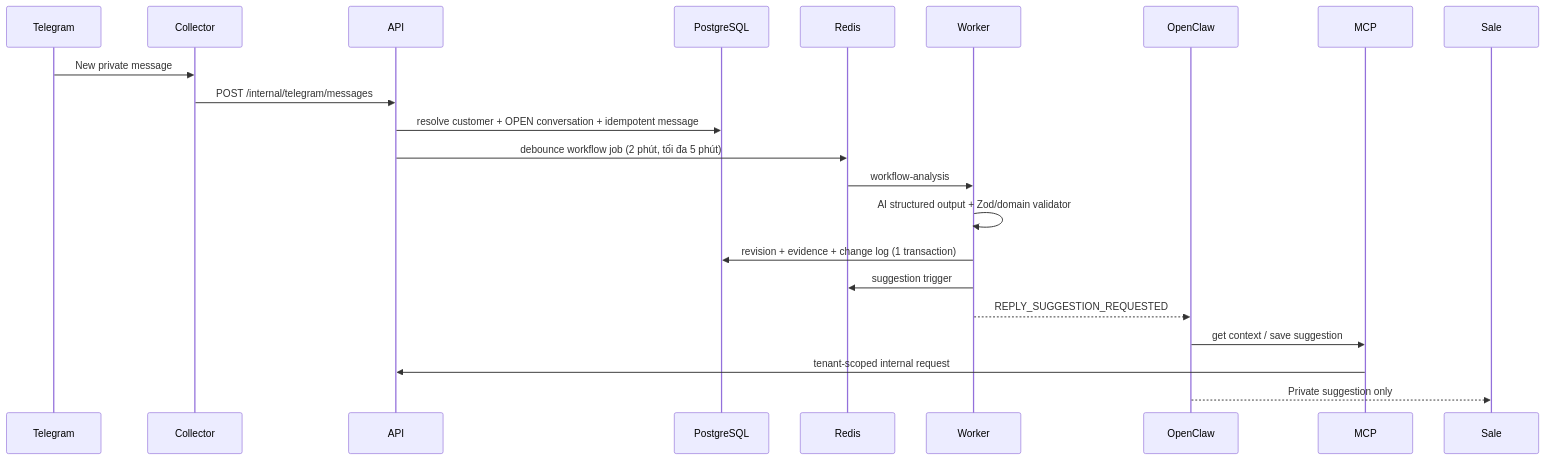
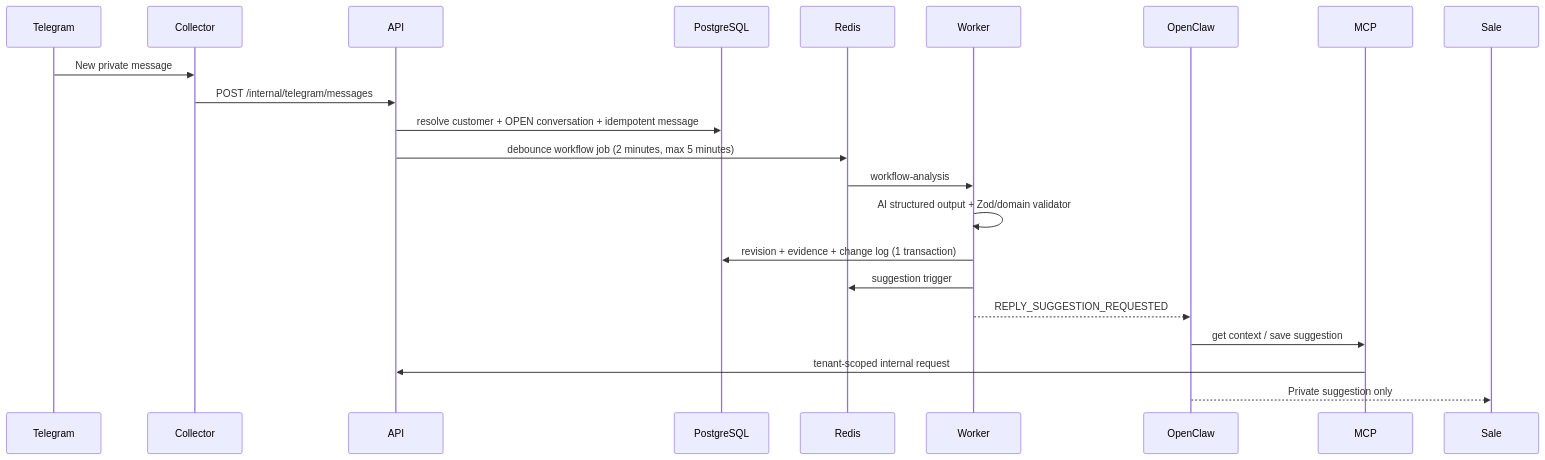
The second of 2 diagrams in telegram-sales-intelligence/README.md (tientruongminh/Mem_intelligent), drawn with Mermaid before and after one commit. The commit also changed other lines of this file and 34 other files, not shown here.

````diff
--- a/telegram-sales-intelligence/README.md
+++ b/telegram-sales-intelligence/README.md
@@ -144,15 +144,15 @@
 ```mermaid
 sequenceDiagram
   Telegram->>Collector: New private message
   Collector->>API: POST /internal/telegram/messages
   API->>PostgreSQL: resolve customer + OPEN conversation + idempotent message
-  API->>Redis: debounce workflow job (2 phút, tối đa 5 phút)
+  API->>Redis: debounce workflow job (2 minutes, max 5 minutes)
   Redis->>Worker: workflow-analysis
   Worker->>Worker: AI structured output + Zod/domain validator
   Worker->>PostgreSQL: revision + evidence + change log (1 transaction)
   Worker->>Redis: suggestion trigger
   Worker-->>OpenClaw: REPLY_SUGGESTION_REQUESTED
   OpenClaw->>MCP: get context / save suggestion
   MCP->>API: tenant-scoped internal request
   OpenClaw-->>Sale: Private suggestion only
 ```
````
